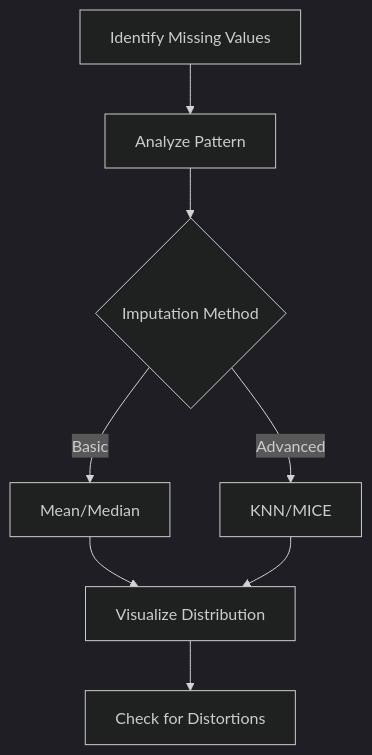
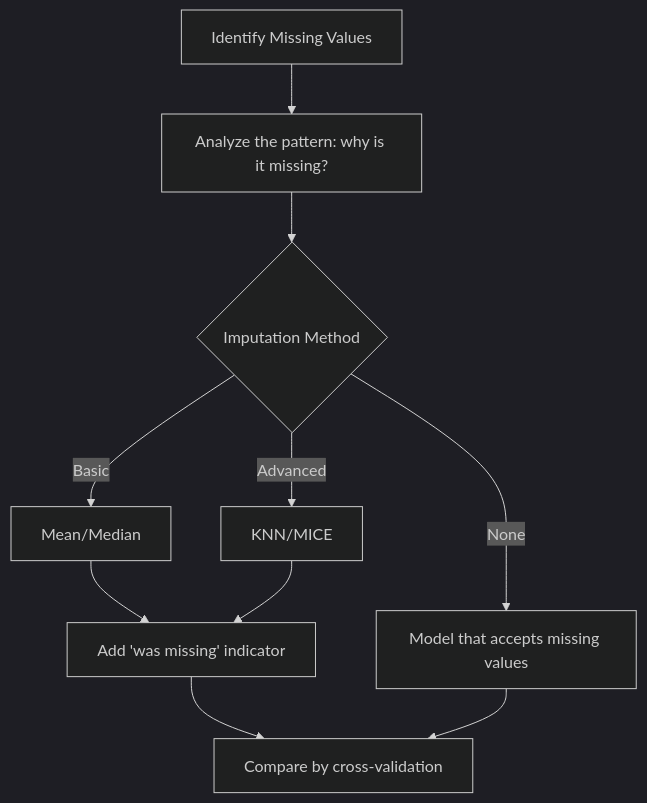
Before and after one commit to Web3Dev300/ai-journey: the first of 20 diagrams in 04_data_science/DATA_SCIENCE_ANSWERS.md, drawn with Mermaid (dark theme). The commit also changed other lines of this file and 10 other files, not shown here.

````diff
--- a/04_data_science/DATA_SCIENCE_ANSWERS.md
+++ b/04_data_science/DATA_SCIENCE_ANSWERS.md
@@ -24,10 +47,12 @@
 ```mermaid
 flowchart TD
-    A[Identify Missing Values] --> B[Analyze Pattern]
+    A[Identify Missing Values] --> B["Analyze the pattern: why is it missing?"]
     B --> C{Imputation Method}
     C -->|Basic| D[Mean/Median]
     C -->|Advanced| E[KNN/MICE]
-    D --> F[Visualize Distribution]
+    C -->|None| H[Model that accepts missing values]
+    D --> F["Add 'was missing' indicator"]
     E --> F
-    F --> G[Check for Distortions]
+    F --> G[Compare by cross-validation]
+    H --> G
 ```
````
